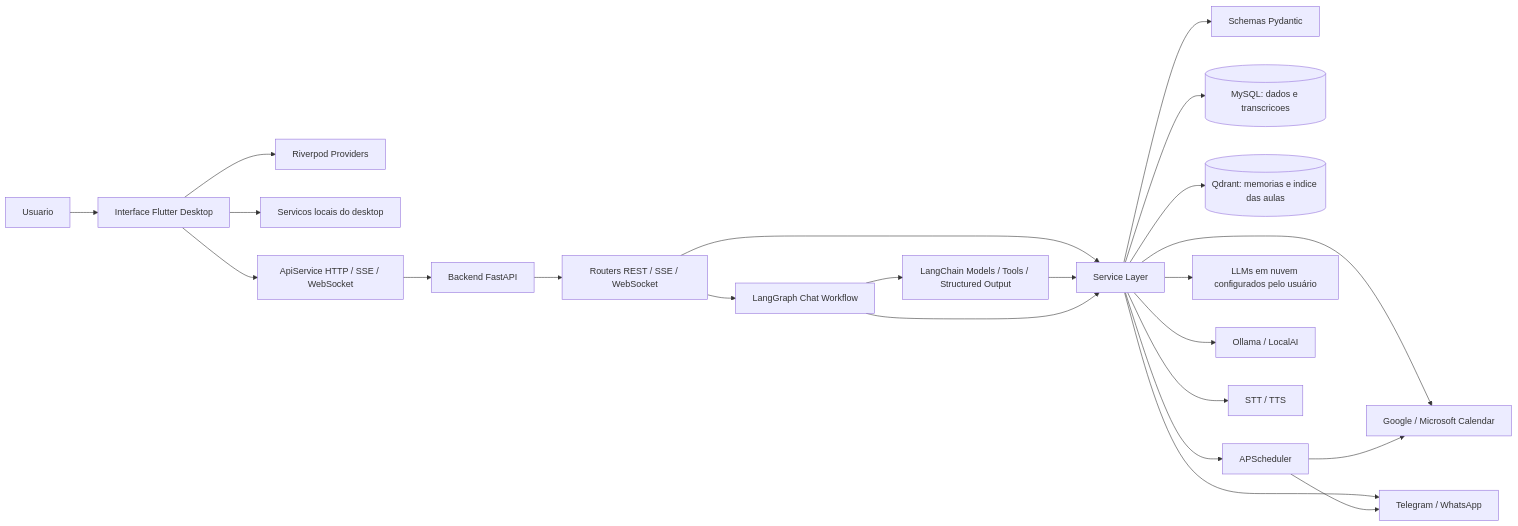
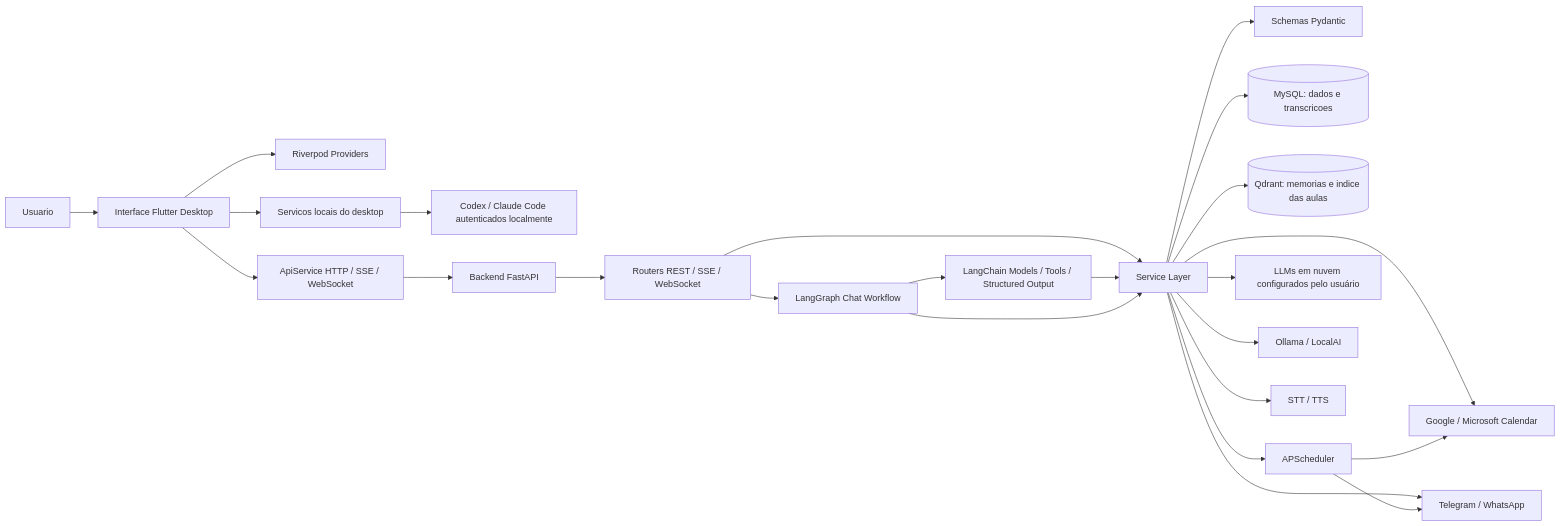
One commit to m4n1nh0/assistant_app changed the first of 9 diagrams in README.md. Above: the diagram before and after it, drawn with Mermaid. The commit also changed other lines of this file and 11 other files, not shown here.

Commit message:
feat: conecta agentes Codex e Claude locais

````diff
--- a/README.md
+++ b/README.md
@@ -72,29 +72,30 @@
 ```mermaid
 flowchart LR
     User[Usuario] --> UI[Interface Flutter Desktop]
 
     UI --> State[Riverpod Providers]
     UI --> LocalServices[Servicos locais do desktop]
+    LocalServices --> ConnectedAgents[Codex / Claude Code autenticados localmente]
     UI --> ApiClient[ApiService HTTP / SSE / WebSocket]
 
     ApiClient --> FastAPI[Backend FastAPI]
 
     FastAPI --> Routers[Routers REST / SSE / WebSocket]
     Routers --> ChatGraph[LangGraph Chat Workflow]
     Routers --> Services[Service Layer]
     ChatGraph --> AgentLayer[LangChain Models / Tools / Structured Output]
     AgentLayer --> Services
     ChatGraph --> Services
     Services --> Models[Schemas Pydantic]
     Services --> DB[(MySQL: dados e transcricoes)]
     Services --> Vector[(Qdrant: memorias e indice das aulas)]
     Services --> Scheduler[APScheduler]
     Services --> UserLLMs[LLMs em nuvem configurados pelo usuário]
     Services --> Ollama[Ollama / LocalAI]
     Services --> Calendar[Google / Microsoft Calendar]
     Services --> Notify[Telegram / WhatsApp]
     Services --> Voice[STT / TTS]
 
     Scheduler --> Calendar
     Scheduler --> Notify
 ```
````
